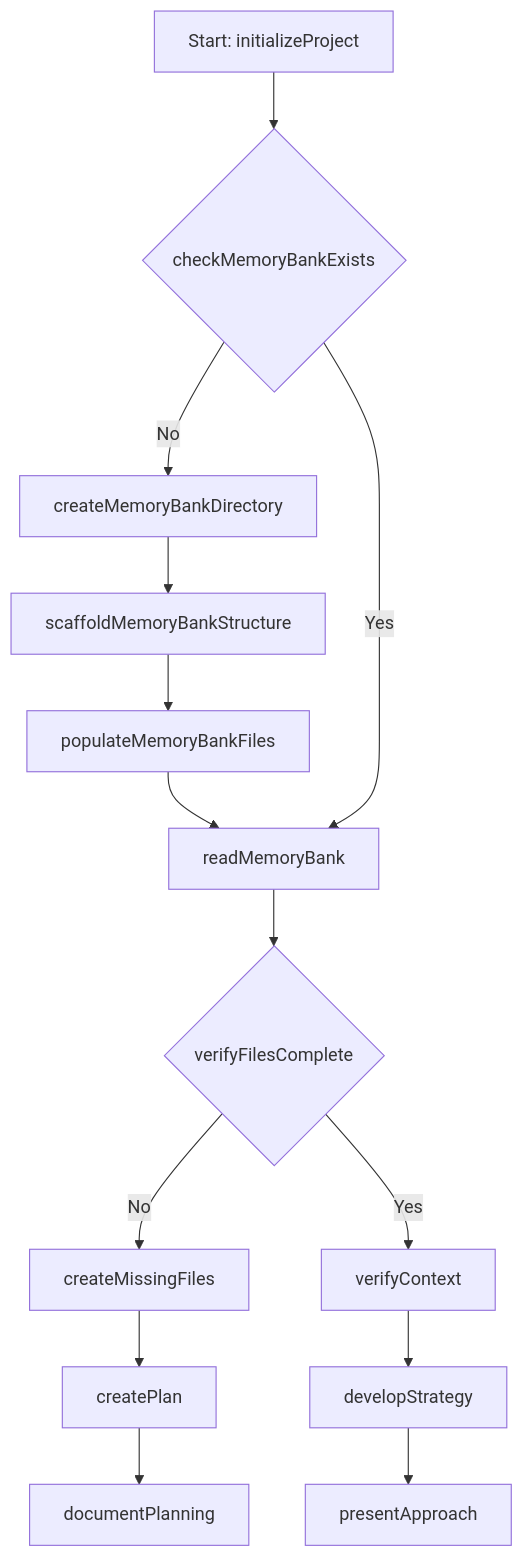
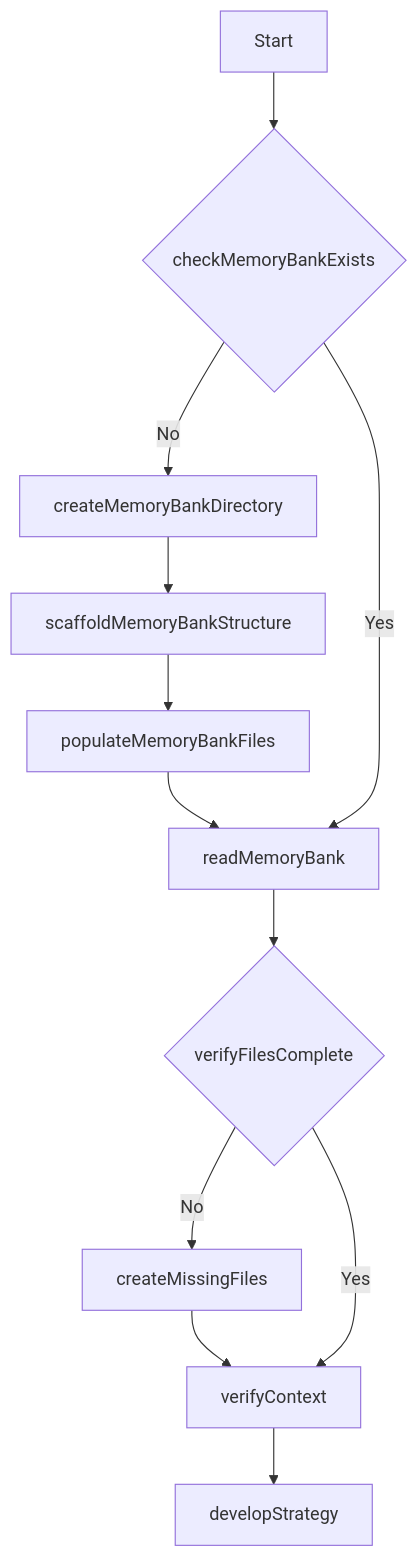
Before and after one commit to Elixir-Software-Developer/code-prompt-project: the diagram in README.md, drawn with Mermaid. The commit also changed other lines of this file, not shown here.

````diff
--- a/README.md
+++ b/README.md
@@ -30,22 +66,20 @@
 ```mermaid
 flowchart TD
-    Start[Start: initializeProject] --> CheckExists{checkMemoryBankExists}
+    Start[Start] --> checkMemoryBankExists{checkMemoryBankExists}
     
-    CheckExists -->|No| CreateDir[createMemoryBankDirectory]
-    CreateDir --> ScaffoldMB[scaffoldMemoryBankStructure]
-    ScaffoldMB --> PopulateFiles[populateMemoryBankFiles]
-    PopulateFiles --> ReadFiles[readMemoryBank]
+    checkMemoryBankExists -->|No| createMemoryBankDirectory[createMemoryBankDirectory]
+    createMemoryBankDirectory --> scaffoldMemoryBankStructure[scaffoldMemoryBankStructure]
+    scaffoldMemoryBankStructure --> populateMemoryBankFiles[populateMemoryBankFiles]
+    populateMemoryBankFiles --> readMemoryBank[readMemoryBank]
     
-    CheckExists -->|Yes| ReadFiles
+    checkMemoryBankExists -->|Yes| readMemoryBank
     
-    ReadFiles --> CheckFiles{verifyFilesComplete}
+    readMemoryBank --> verifyFilesComplete{verifyFilesComplete}
     
-    CheckFiles -->|No| CreateMissing[createMissingFiles]
-    CreateMissing --> Plan[createPlan]
+    verifyFilesComplete -->|No| createMissingFiles[createMissingFiles]
+    createMissingFiles --> verifyContext[verifyContext]
     
-    CheckFiles -->|Yes| Verify[verifyContext]
+    verifyFilesComplete -->|Yes| verifyContext
     
-    Plan --> Document[documentPlanning]
-    Verify --> Strategy[developStrategy]
-    Strategy --> Present[presentApproach]
+    verifyContext --> developStrategy[developStrategy]
 ```
````
